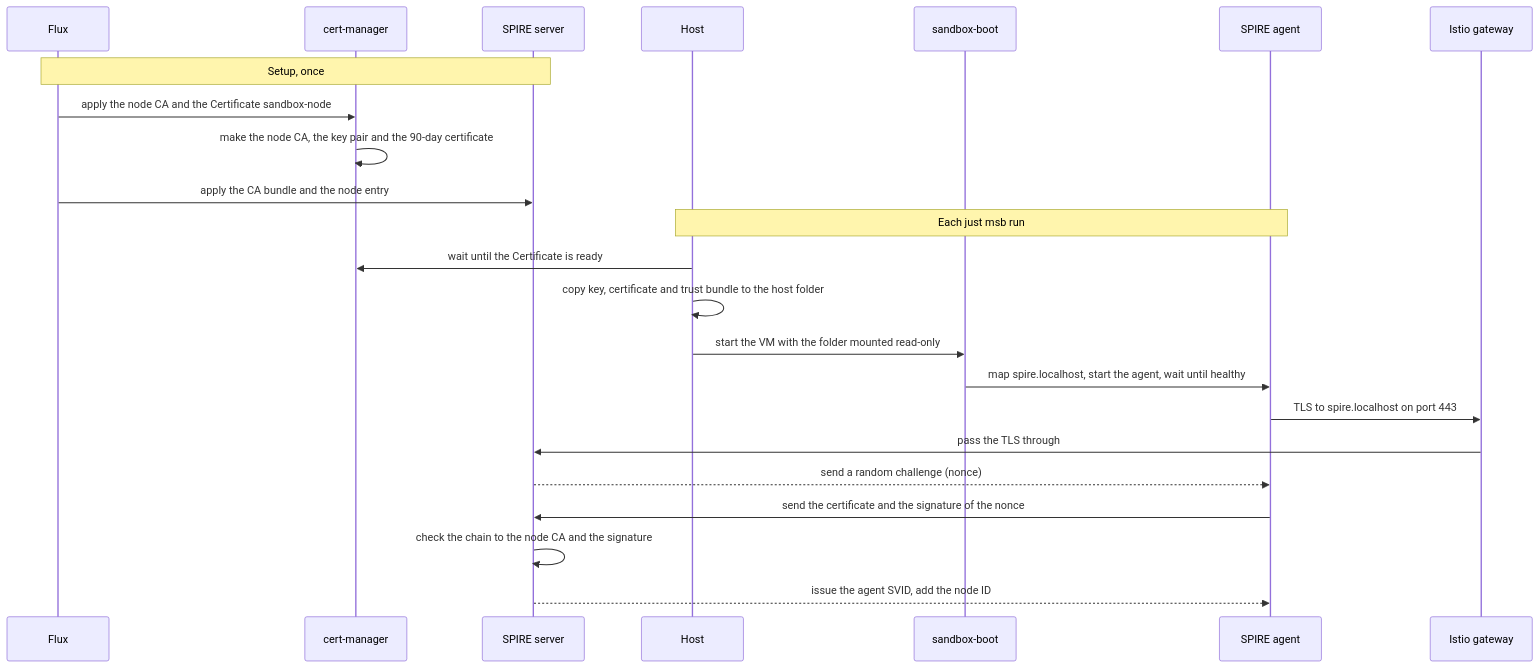
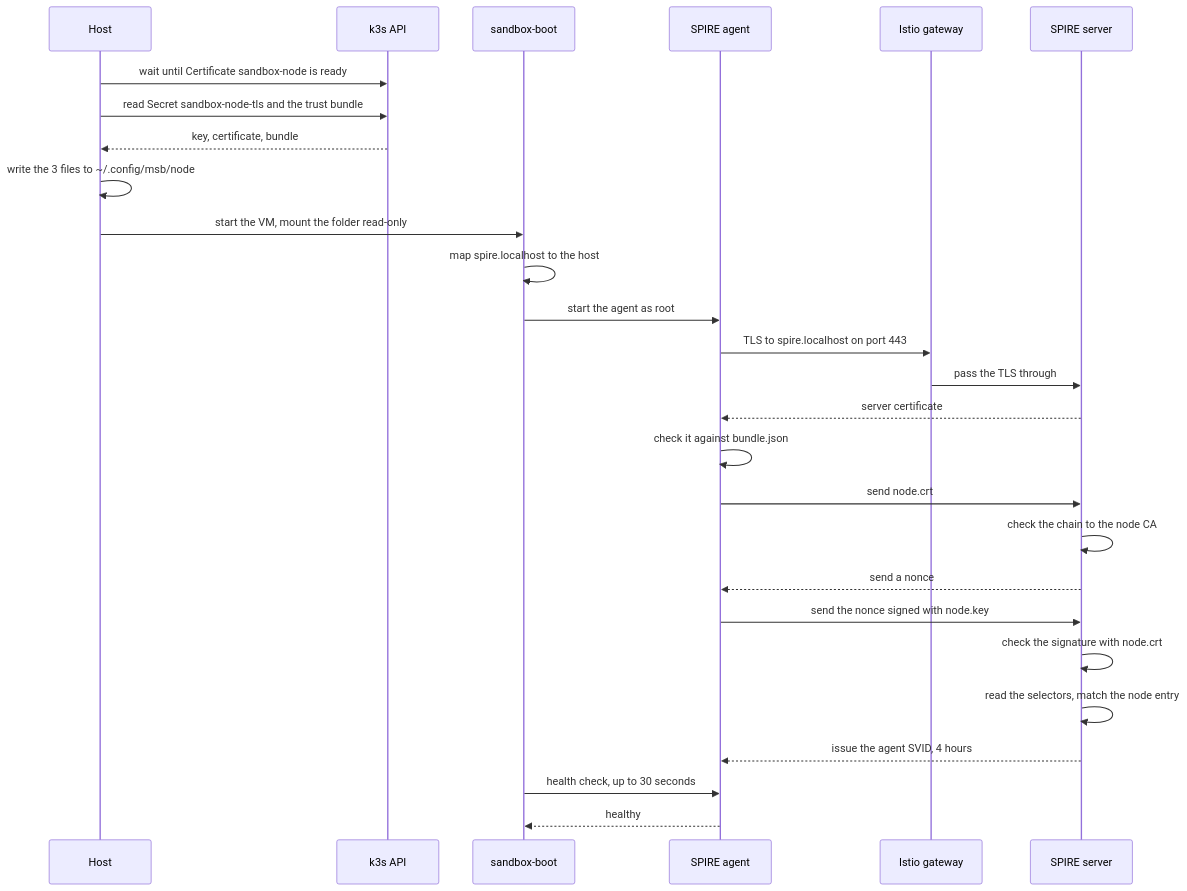
One commit to raghav19/engineersdaybook changed the second of 3 diagrams in docs/research/spire-node-attestation.md. Above: the diagram before and after it, drawn with Mermaid. The commit also changed other lines of this file and 4 other files, not shown here.

First line of the commit message:
docs: add the node entry, a flow panel and three mermaid flows to the node attestation note

````diff
--- a/docs/research/spire-node-attestation.md
+++ b/docs/research/spire-node-attestation.md
@@ -41,27 +92,30 @@
 ```mermaid
 sequenceDiagram
-    participant F as Flux
-    participant CM as cert-manager
-    participant S as SPIRE server
     participant H as Host
+    participant K as k3s API
     participant B as sandbox-boot
     participant A as SPIRE agent
     participant G as Istio gateway
+    participant S as SPIRE server
 
-    Note over F,S: Setup, once
-    F->>CM: apply the node CA and the Certificate sandbox-node
-    CM->>CM: make the node CA, the key pair and the 90-day certificate
-    F->>S: apply the CA bundle and the node entry
-
-    Note over H,A: Each just msb run
-    H->>CM: wait until the Certificate is ready
-    H->>H: copy key, certificate and trust bundle to the host folder
-    H->>B: start the VM with the folder mounted read-only
-    B->>A: map spire.localhost, start the agent, wait until healthy
+    H->>K: wait until Certificate sandbox-node is ready
+    H->>K: read Secret sandbox-node-tls and the trust bundle
+    K-->>H: key, certificate, bundle
+    H->>H: write the 3 files to ~/.config/msb/node
+    H->>B: start the VM, mount the folder read-only
+    B->>B: map spire.localhost to the host
+    B->>A: start the agent as root
     A->>G: TLS to spire.localhost on port 443
     G->>S: pass the TLS through
-    S-->>A: send a random challenge (nonce)
-    A->>S: send the certificate and the signature of the nonce
-    S->>S: check the chain to the node CA and the signature
-    S-->>A: issue the agent SVID, add the node ID
+    S-->>A: server certificate
+    A->>A: check it against bundle.json
+    A->>S: send node.crt
+    S->>S: check the chain to the node CA
+    S-->>A: send a nonce
+    A->>S: send the nonce signed with node.key
+    S->>S: check the signature with node.crt
+    S->>S: read the selectors, match the node entry
+    S-->>A: issue the agent SVID, 4 hours
+    B->>A: health check, up to 30 seconds
+    A-->>B: healthy
 ```
````
